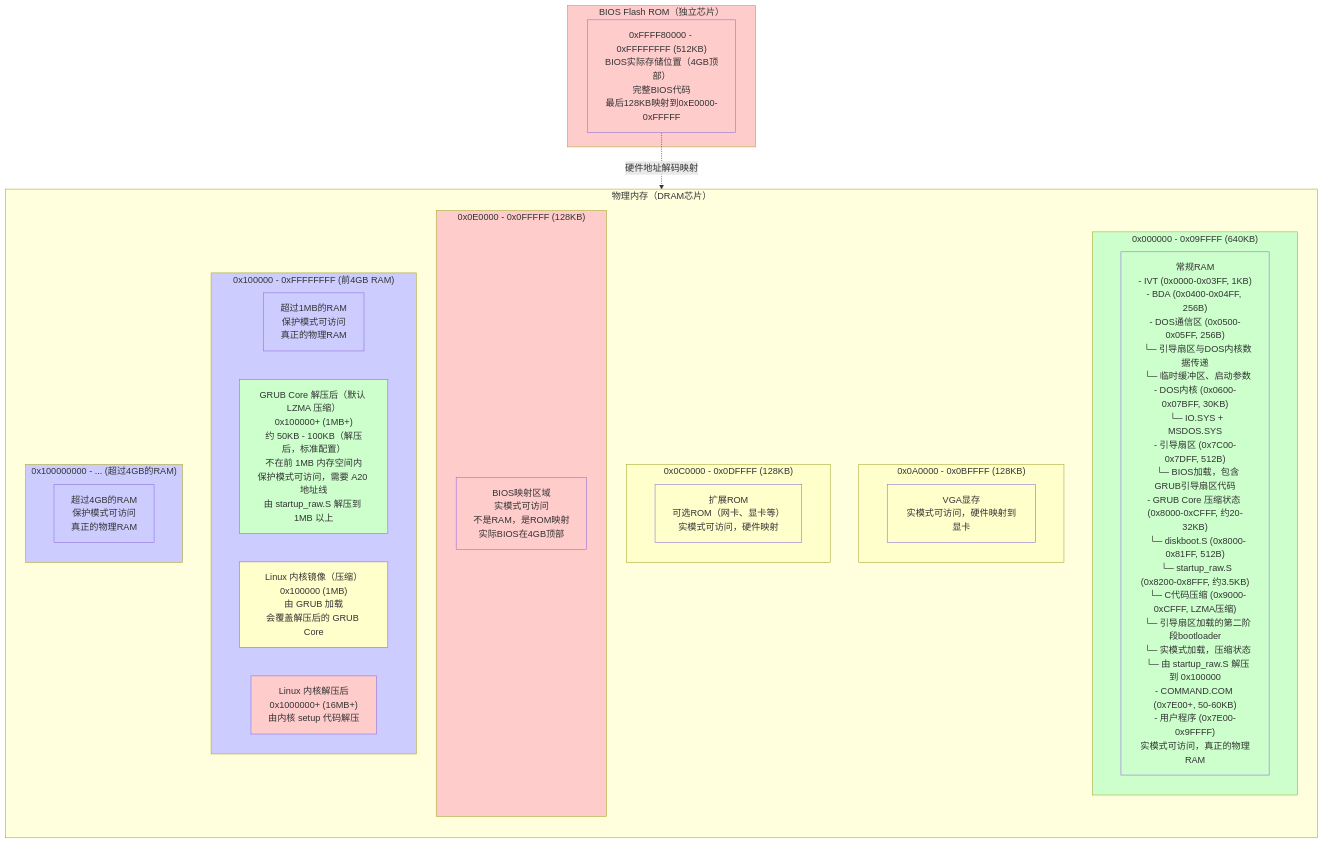
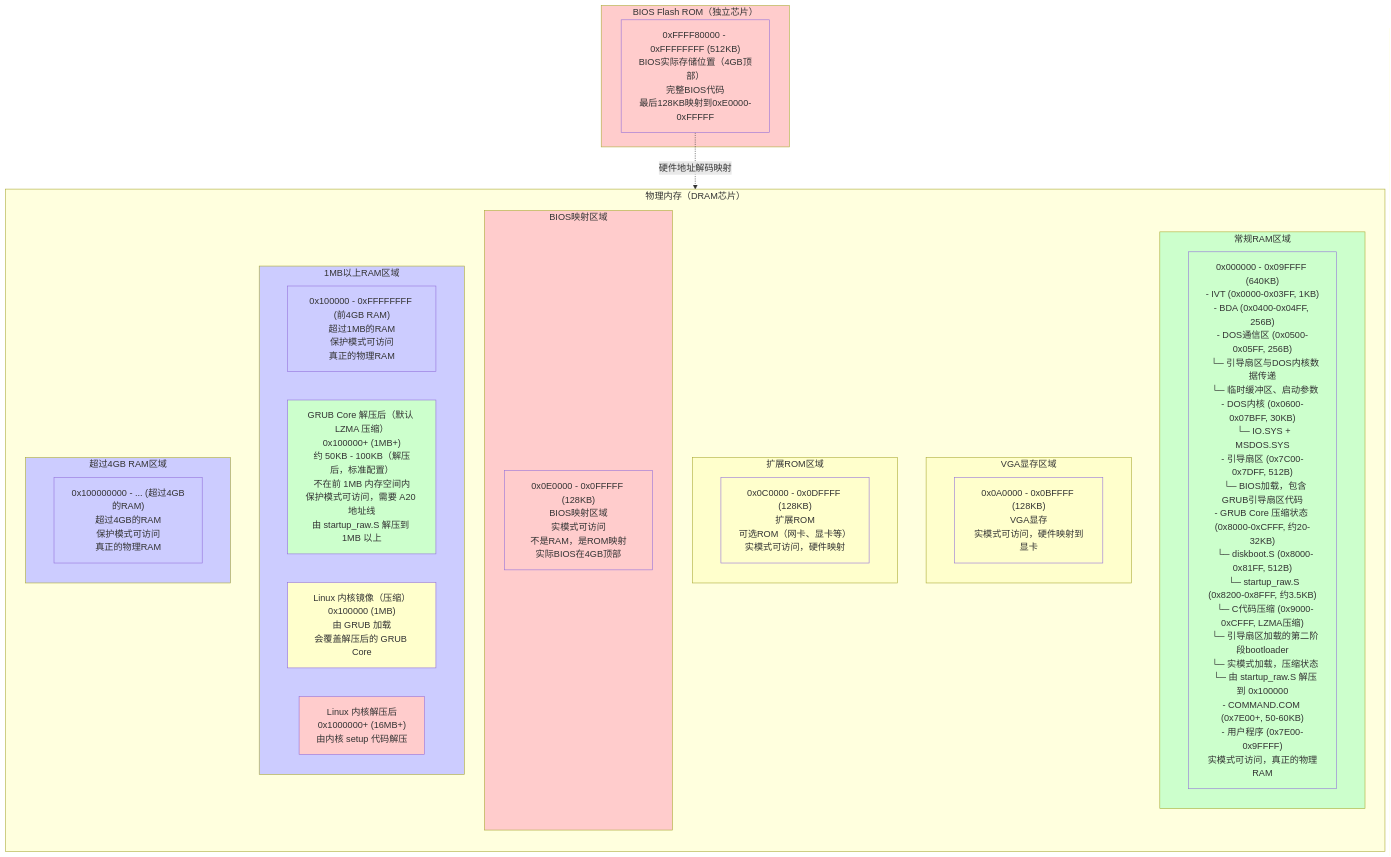
The diagram in BIOS_MEMORY_LAYOUT.md (liweinan/bootimage-example), drawn with Mermaid before and after one commit.

Commit message:
修复 BIOS_MEMORY_LAYOUT.md 图表：简化 subgraph 标题避免被遮挡
- 将地址范围从 subgraph 标题移到节点内部
- subgraph 标题仅保留简短描述性文字
- 确保图表标题清晰可见，不被节点内容遮挡

````diff
--- a/BIOS_MEMORY_LAYOUT.md
+++ b/BIOS_MEMORY_LAYOUT.md
@@ -287,57 +287,57 @@
    ```mermaid
    flowchart TB
        subgraph DRAM["物理内存（DRAM芯片）"]
            direction TB
            
-           subgraph Low640KB["0x000000 - 0x09FFFF (640KB)"]
-               LowRAM["常规RAM<br/>- IVT (0x0000-0x03FF, 1KB)<br/>- BDA (0x0400-0x04FF, 256B)<br/>- DOS通信区 (0x0500-0x05FF, 256B)<br/>  └─ 引导扇区与DOS内核数据传递<br/>  └─ 临时缓冲区、启动参数<br/>- DOS内核 (0x0600-0x07BFF, 30KB)<br/>  └─ IO.SYS + MSDOS.SYS<br/>- 引导扇区 (0x7C00-0x7DFF, 512B)<br/>  └─ BIOS加载，包含GRUB引导扇区代码<br/>- GRUB Core 压缩状态 (0x8000-0xCFFF, 约20-32KB)<br/>  └─ diskboot.S (0x8000-0x81FF, 512B)<br/>  └─ startup_raw.S (0x8200-0x8FFF, 约3.5KB)<br/>  └─ C代码压缩 (0x9000-0xCFFF, LZMA压缩)<br/>  └─ 引导扇区加载的第二阶段bootloader<br/>  └─ 实模式加载，压缩状态<br/>  └─ 由 startup_raw.S 解压到 0x100000<br/>- COMMAND.COM (0x7E00+, 50-60KB)<br/>- 用户程序 (0x7E00-0x9FFFF)<br/>实模式可访问，真正的物理RAM"]
+           subgraph Low640KB["常规RAM区域"]
+               LowRAM["0x000000 - 0x09FFFF (640KB)<br/>- IVT (0x0000-0x03FF, 1KB)<br/>- BDA (0x0400-0x04FF, 256B)<br/>- DOS通信区 (0x0500-0x05FF, 256B)<br/>  └─ 引导扇区与DOS内核数据传递<br/>  └─ 临时缓冲区、启动参数<br/>- DOS内核 (0x0600-0x07BFF, 30KB)<br/>  └─ IO.SYS + MSDOS.SYS<br/>- 引导扇区 (0x7C00-0x7DFF, 512B)<br/>  └─ BIOS加载，包含GRUB引导扇区代码<br/>- GRUB Core 压缩状态 (0x8000-0xCFFF, 约20-32KB)<br/>  └─ diskboot.S (0x8000-0x81FF, 512B)<br/>  └─ startup_raw.S (0x8200-0x8FFF, 约3.5KB)<br/>  └─ C代码压缩 (0x9000-0xCFFF, LZMA压缩)<br/>  └─ 引导扇区加载的第二阶段bootloader<br/>  └─ 实模式加载，压缩状态<br/>  └─ 由 startup_raw.S 解压到 0x100000<br/>- COMMAND.COM (0x7E00+, 50-60KB)<br/>- 用户程序 (0x7E00-0x9FFFF)<br/>实模式可访问，真正的物理RAM"]
            end
            
-           subgraph VGARAM["0x0A0000 - 0x0BFFFF (128KB)"]
-               VGAMem["VGA显存<br/>实模式可访问，硬件映射到显卡"]
+           subgraph VGARAM["VGA显存区域"]
+               VGAMem["0x0A0000 - 0x0BFFFF (128KB)<br/>VGA显存<br/>实模式可访问，硬件映射到显卡"]
            end
            
-           subgraph ExtROM["0x0C0000 - 0x0DFFFF (128KB)"]
-               OptionROM["扩展ROM<br/>可选ROM（网卡、显卡等）<br/>实模式可访问，硬件映射"]
+           subgraph ExtROM["扩展ROM区域"]
+               OptionROM["0x0C0000 - 0x0DFFFF (128KB)<br/>扩展ROM<br/>可选ROM（网卡、显卡等）<br/>实模式可访问，硬件映射"]
            end
            
-           subgraph BIOSMap["0x0E0000 - 0x0FFFFF (128KB)"]
-               BIOSMapped["BIOS映射区域<br/>实模式可访问<br/>不是RAM，是ROM映射<br/>实际BIOS在4GB顶部"]
+           subgraph BIOSMap["BIOS映射区域"]
+               BIOSMapped["0x0E0000 - 0x0FFFFF (128KB)<br/>BIOS映射区域<br/>实模式可访问<br/>不是RAM，是ROM映射<br/>实际BIOS在4GB顶部"]
            end
            
-           subgraph Above1MB["0x100000 - 0xFFFFFFFF (前4GB RAM)"]
-               RAM4GB["超过1MB的RAM<br/>保护模式可访问<br/>真正的物理RAM"]
+           subgraph Above1MB["1MB以上RAM区域"]
+               RAM4GB["0x100000 - 0xFFFFFFFF (前4GB RAM)<br/>超过1MB的RAM<br/>保护模式可访问<br/>真正的物理RAM"]
                GRUBDecomp["GRUB Core 解压后（默认 LZMA 压缩）<br/>0x100000+ (1MB+)<br/>约 50KB - 100KB（解压后，标准配置）<br/>不在前 1MB 内存空间内<br/>保护模式可访问，需要 A20 地址线<br/>由 startup_raw.S 解压到 1MB 以上"]
                KernelLoad["Linux 内核镜像（压缩）<br/>0x100000 (1MB)<br/>由 GRUB 加载<br/>会覆盖解压后的 GRUB Core"]
                KernelDecomp["Linux 内核解压后<br/>0x1000000+ (16MB+)<br/>由内核 setup 代码解压"]
            end
            
-           subgraph Above4GB["0x100000000 - ... (超过4GB的RAM)"]
-               RAM8GB["超过4GB的RAM<br/>保护模式可访问<br/>真正的物理RAM"]
+           subgraph Above4GB["超过4GB RAM区域"]
+               RAM8GB["0x100000000 - ... (超过4GB的RAM)<br/>超过4GB的RAM<br/>保护模式可访问<br/>真正的物理RAM"]
            end
        end
        
        subgraph BIOSROM["BIOS Flash ROM（独立芯片）"]
            BIOSFull["0xFFFF80000 - 0xFFFFFFFF (512KB)<br/>BIOS实际存储位置（4GB顶部）<br/>完整BIOS代码<br/>最后128KB映射到0xE0000-0xFFFFF"]
        end
        
        BIOSFull -.->|"硬件地址解码映射"| BIOSMapped
        
        style Low640KB fill:#ccffcc
        style LowRAM fill:#ccffcc
        style VGARAM fill:#ffffcc
        style VGAMem fill:#ffffcc
        style ExtROM fill:#ffffcc
        style OptionROM fill:#ffffcc
        style BIOSMap fill:#ffcccc
        style BIOSMapped fill:#ffcccc
        style Above1MB fill:#ccccff
        style RAM4GB fill:#ccccff
        style GRUBDecomp fill:#ccffcc
        style KernelLoad fill:#ffffcc
        style KernelDecomp fill:#ffcccc
        style Above4GB fill:#ccccff
        style RAM8GB fill:#ccccff
        style BIOSROM fill:#ffcccc
        style BIOSFull fill:#ffcccc
    ```
````
